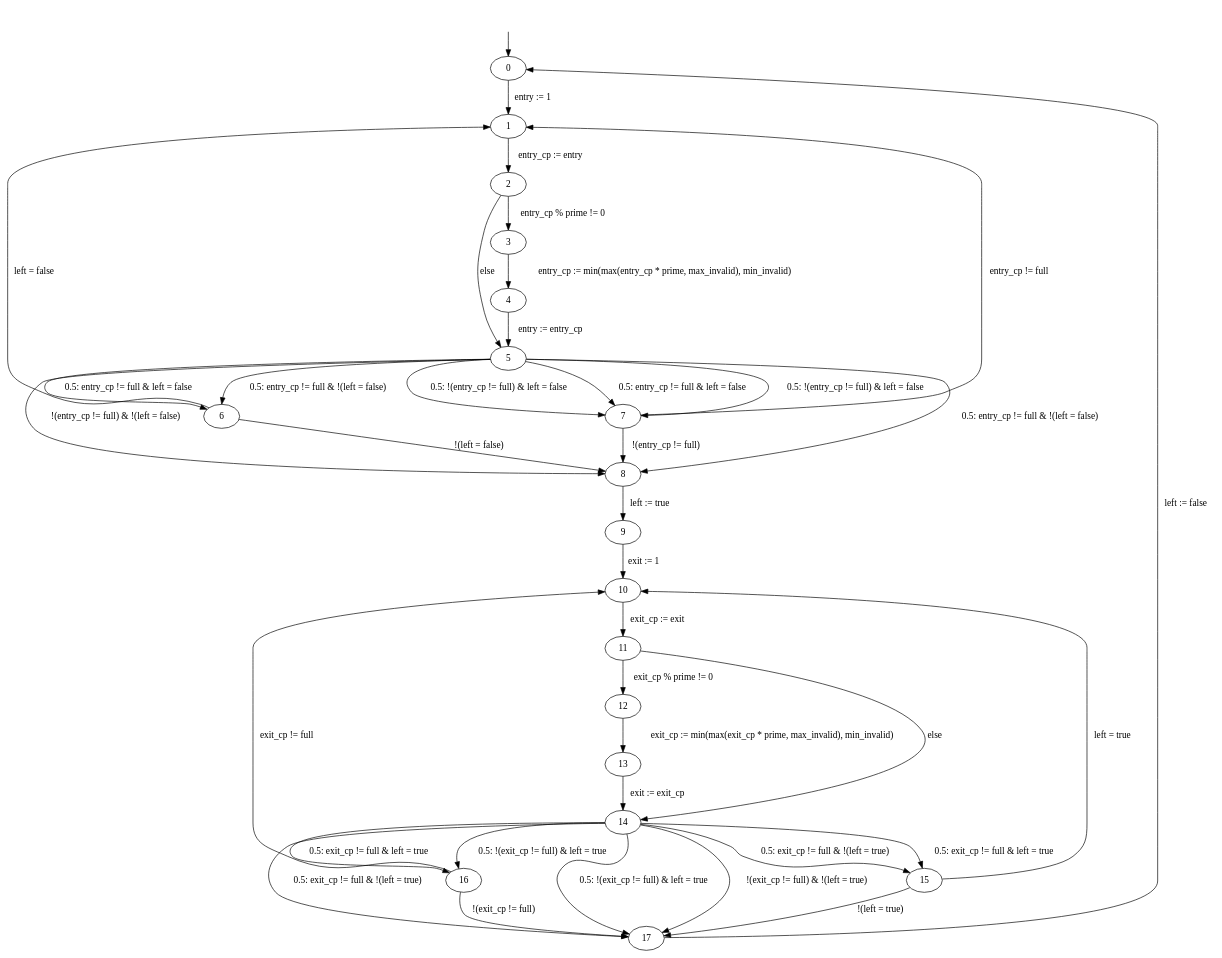
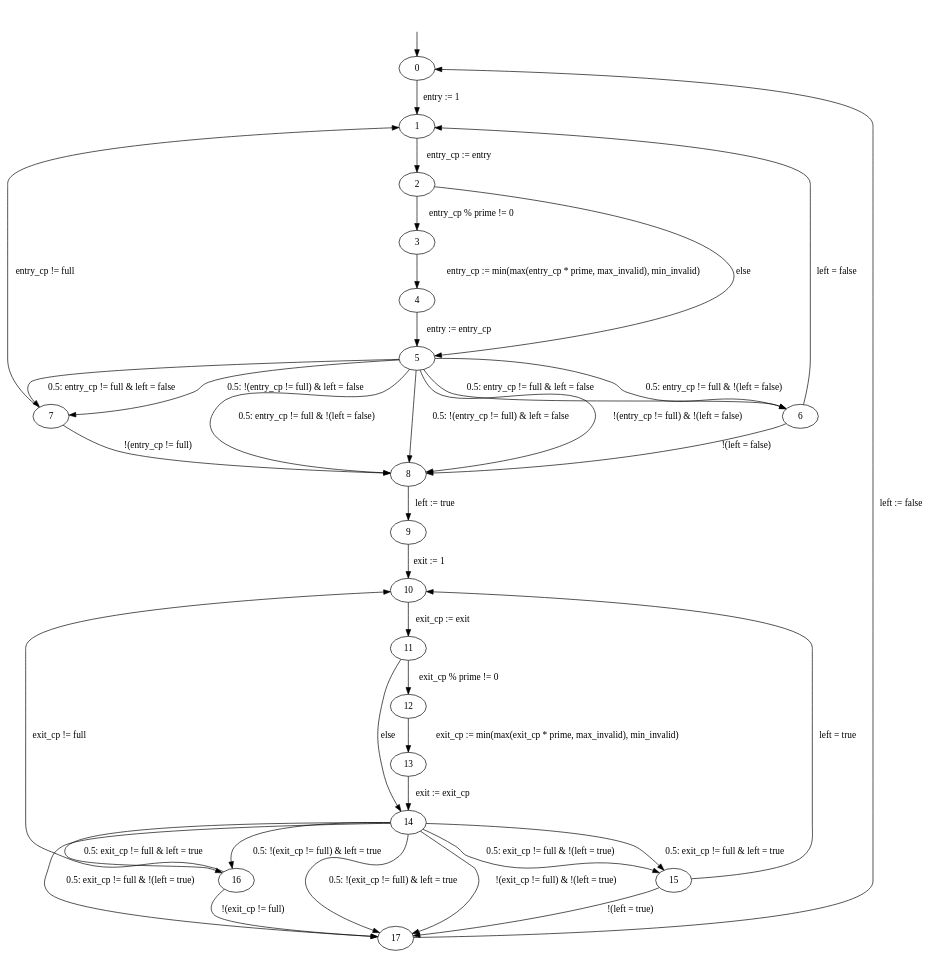
Before and after one commit to hydroo/minor-thesis-barriers: the diagram in barrier-attempt/model-01/model.dot, drawn with Graphviz.

Commit message:
fix: wrong transition in mode.dot

```diff
--- a/barrier-attempt/model-01/model.dot
+++ b/barrier-attempt/model-01/model.dot
@@ -1,48 +1,48 @@
 digraph {
 
 	initial_state_source [style=invis]
 	initial_state_source -> "0"
 
 	"0"  -> "1"  [weight=100, label="entry := 1"]
 	"1"  -> "2"  [weight=100, label="entry_cp := entry"]
 
 	"2"  -> "3"  [weight=100, label="entry_cp % prime != 0"]
 	"3"  -> "4"  [weight=100, label="entry_cp := min(max(entry_cp * prime, max_invalid), min_invalid)"]
 	"4"  -> "5"  [weight=100, label="entry := entry_cp"]
 	"2"  -> "5"  [label="else"]
 
 	"5"  -> "6"  [label="0.5: entry_cp != full & left = false"]
 	"5"  -> "6"  [label="0.5: entry_cp != full & !(left = false)"]
 	"5"  -> "8"  [label="0.5: entry_cp != full & !(left = false)"]
 	"5"  -> "7"  [label="0.5: entry_cp != full & left = false"]
 	"5"  -> "7"  [label="0.5: !(entry_cp != full) & left = false"]
-	"5"  -> "7"  [label="0.5: !(entry_cp != full) & left = false"]
+	"5"  -> "8"  [label="0.5: !(entry_cp != full) & left = false"]
 	"6"  -> "1"  [label="left = false"]
 	"6"  -> "8"  [label="!(left = false)"]
 	"7"  -> "1"  [label="entry_cp != full"]
 	"7"  -> "8"  [label="!(entry_cp != full)"]
 	"5"  -> "8"  [label="!(entry_cp != full) & !(left = false)"]
 
 	"8"  -> "9"  [weight=100, label="left := true"]
 	"9"  -> "10" [weight=100, label="exit := 1"]
 
 	"10" -> "11" [weight=100, label="exit_cp := exit"]
 	"11" -> "12" [weight=100, label="exit_cp % prime != 0"]
 	"12" -> "13" [weight=100, label="exit_cp := min(max(exit_cp * prime, max_invalid), min_invalid)"]
 	"13" -> "14" [weight=100, label="exit := exit_cp"]
 	"11" -> "14" [label="else"]
 
 	"14" -> "15" [label="0.5: exit_cp != full & left = true"]
 	"14" -> "15" [label="0.5: exit_cp != full & !(left = true)"]
 	"14" -> "17" [label="0.5: exit_cp != full & !(left = true)"]
 	"14" -> "16" [label="0.5: exit_cp != full & left = true"]
 	"14" -> "16" [label="0.5: !(exit_cp != full) & left = true"]
 	"14" -> "17" [label="0.5: !(exit_cp != full) & left = true"]
 	"15" -> "10" [label="left = true"]
 	"15" -> "17" [label="!(left = true)"]
 	"16" -> "10" [label="exit_cp != full"]
 	"16" -> "17" [label="!(exit_cp != full)"]
 	"14" -> "17" [label="!(exit_cp != full) & !(left = true)"]
 
 	"17" -> "0"  [label="left := false"]
 }
```
